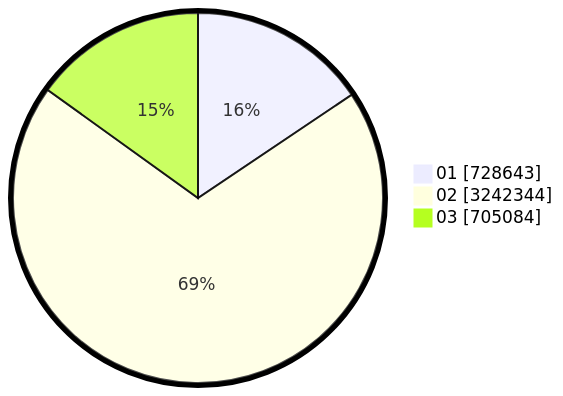
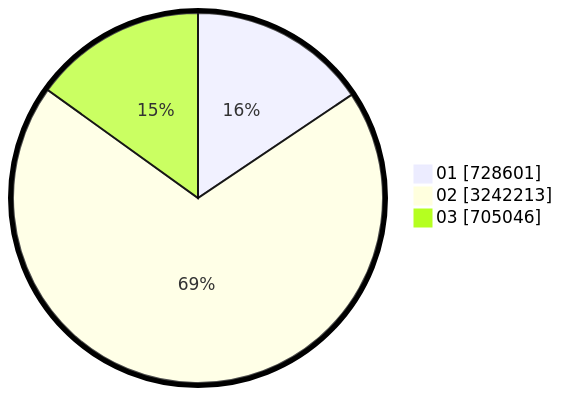
Before and after one commit to gigit-pemilu/pemilu-2024: the second of 2 diagrams in pilpres/hitung-suara/sub/table-wilayah-18.md, drawn with Mermaid. The commit also changed other lines of this file and 10 other files, not shown here.

````diff
--- a/pilpres/hitung-suara/sub/table-wilayah-18.md
+++ b/pilpres/hitung-suara/sub/table-wilayah-18.md
@@ -15,7 +15,7 @@
 ```mermaid
 %%{init: {"pie": {"textPosition": 0.5}, "themeVariables": {"pieOuterStrokeWidth": "5px"}} }%%
 pie showData
-    "01" : 728643
-    "02" : 3242344
-    "03" : 705084
+    "01" : 728601
+    "02" : 3242213
+    "03" : 705046
 ```
````
